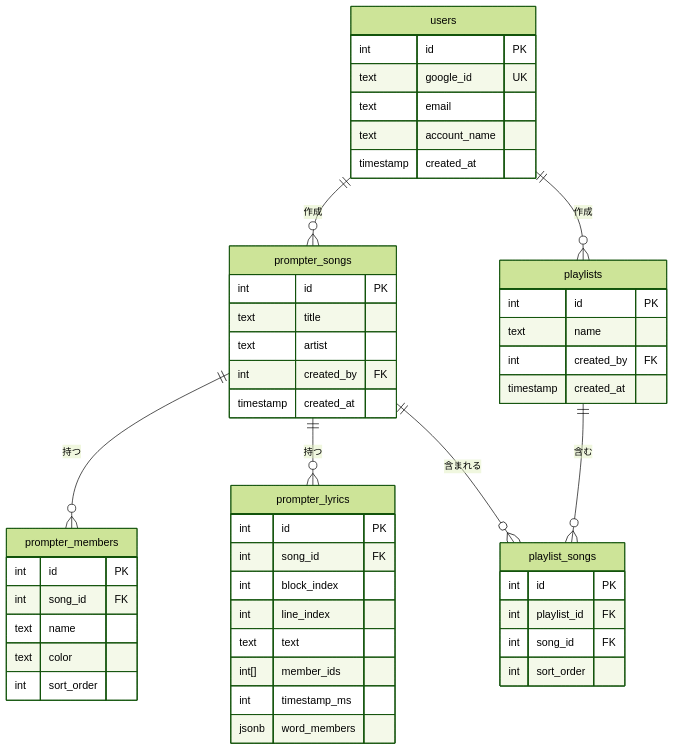
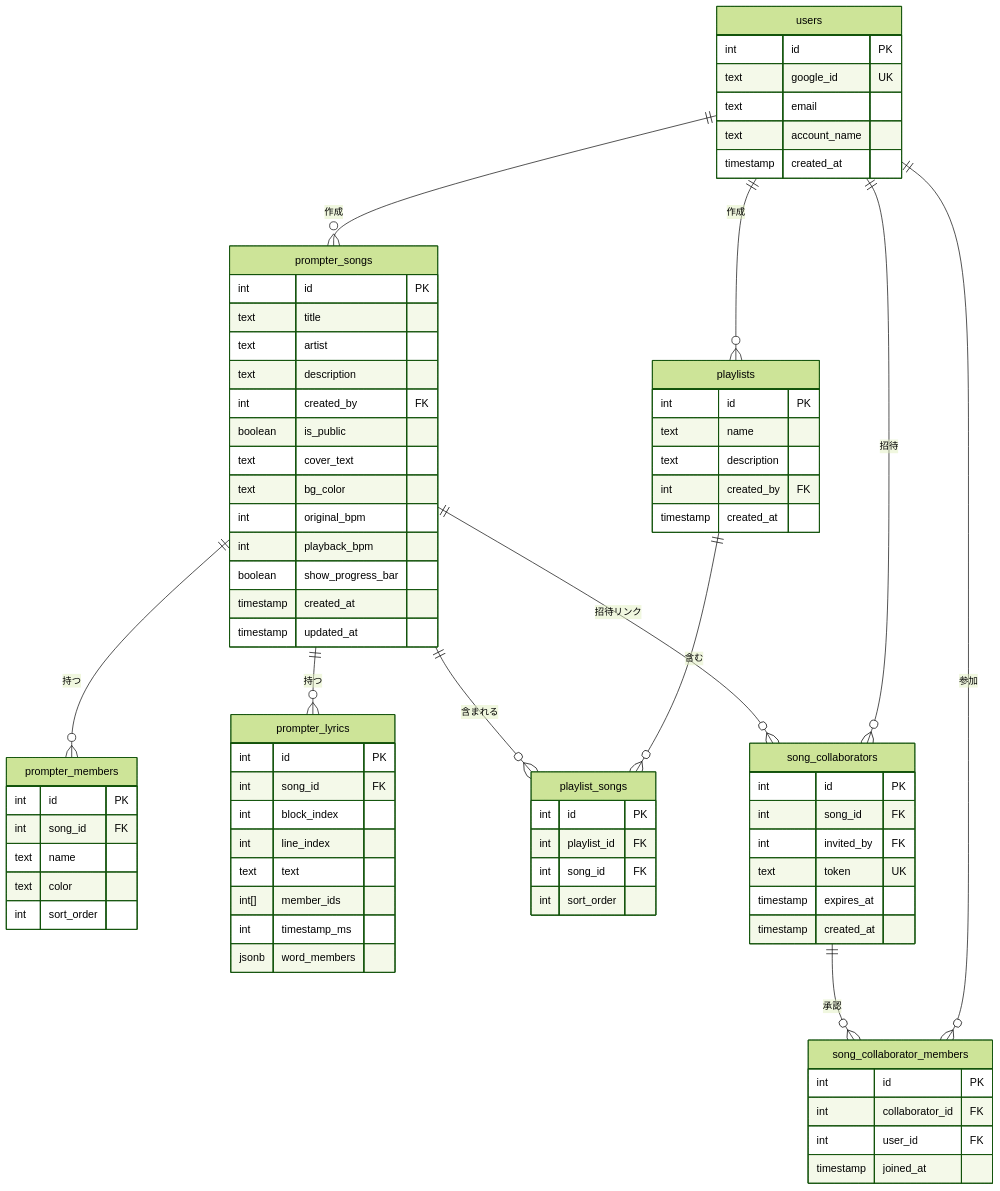
The third of 9 diagrams in SPEC.md (noel99l/part-prompter), drawn with Mermaid (forest theme) before and after one commit. The commit also changed other lines of this file and 1 other file, not shown here.

````diff
--- a/SPEC.md
+++ b/SPEC.md
@@ -76,8 +80,16 @@
     int id PK
     text title
     text artist
+    text description
     int created_by FK
+    boolean is_public
+    text cover_text
+    text bg_color
+    int original_bpm
+    int playback_bpm
+    boolean show_progress_bar
     timestamp created_at
+    timestamp updated_at
   }
 
   prompter_members {
@@ -102,6 +114,7 @@
   playlists {
     int id PK
     text name
+    text description
     int created_by FK
     timestamp created_at
   }
@@ -113,10 +126,30 @@
     int sort_order
   }
 
+  song_collaborators {
+    int id PK
+    int song_id FK
+    int invited_by FK
+    text token UK
+    timestamp expires_at
+    timestamp created_at
+  }
+
+  song_collaborator_members {
+    int id PK
+    int collaborator_id FK
+    int user_id FK
+    timestamp joined_at
+  }
+
   users ||--o{ prompter_songs : "作成"
   users ||--o{ playlists : "作成"
+  users ||--o{ song_collaborators : "招待"
+  users ||--o{ song_collaborator_members : "参加"
   prompter_songs ||--o{ prompter_members : "持つ"
   prompter_songs ||--o{ prompter_lyrics : "持つ"
+  prompter_songs ||--o{ song_collaborators : "招待リンク"
   playlists ||--o{ playlist_songs : "含む"
   prompter_songs ||--o{ playlist_songs : "含まれる"
+  song_collaborators ||--o{ song_collaborator_members : "承認"
 ```
````
